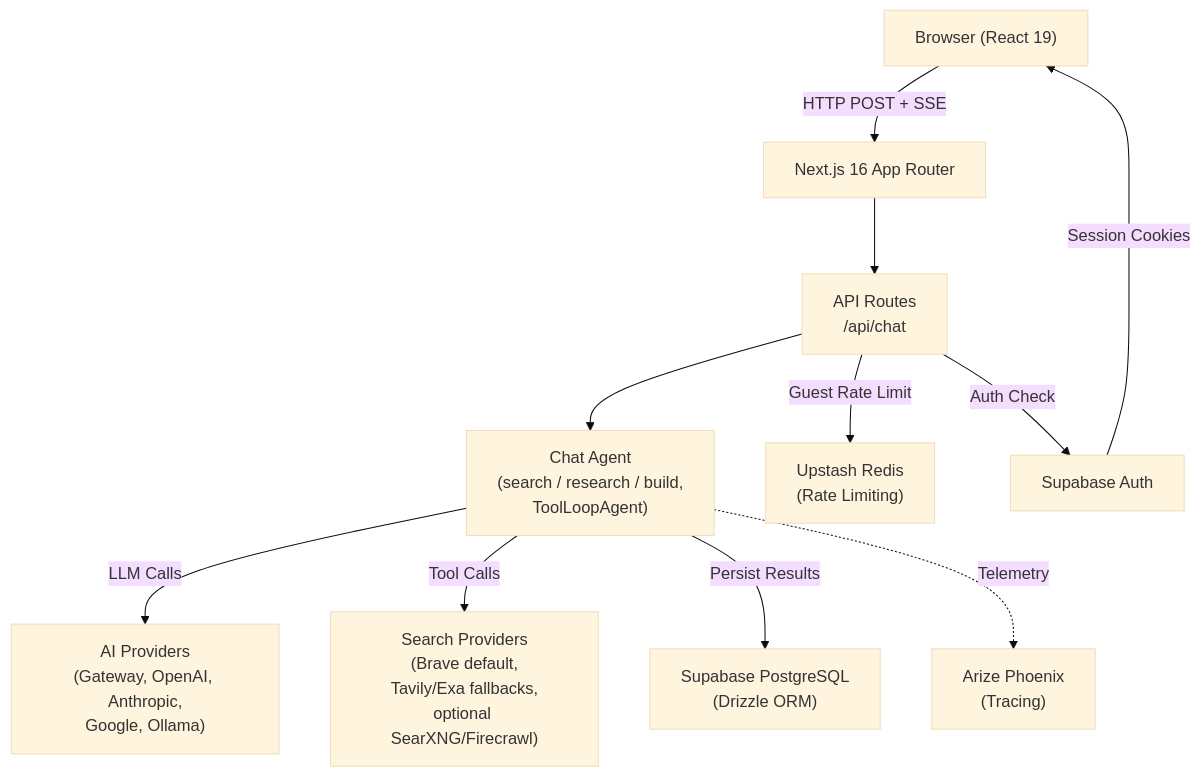
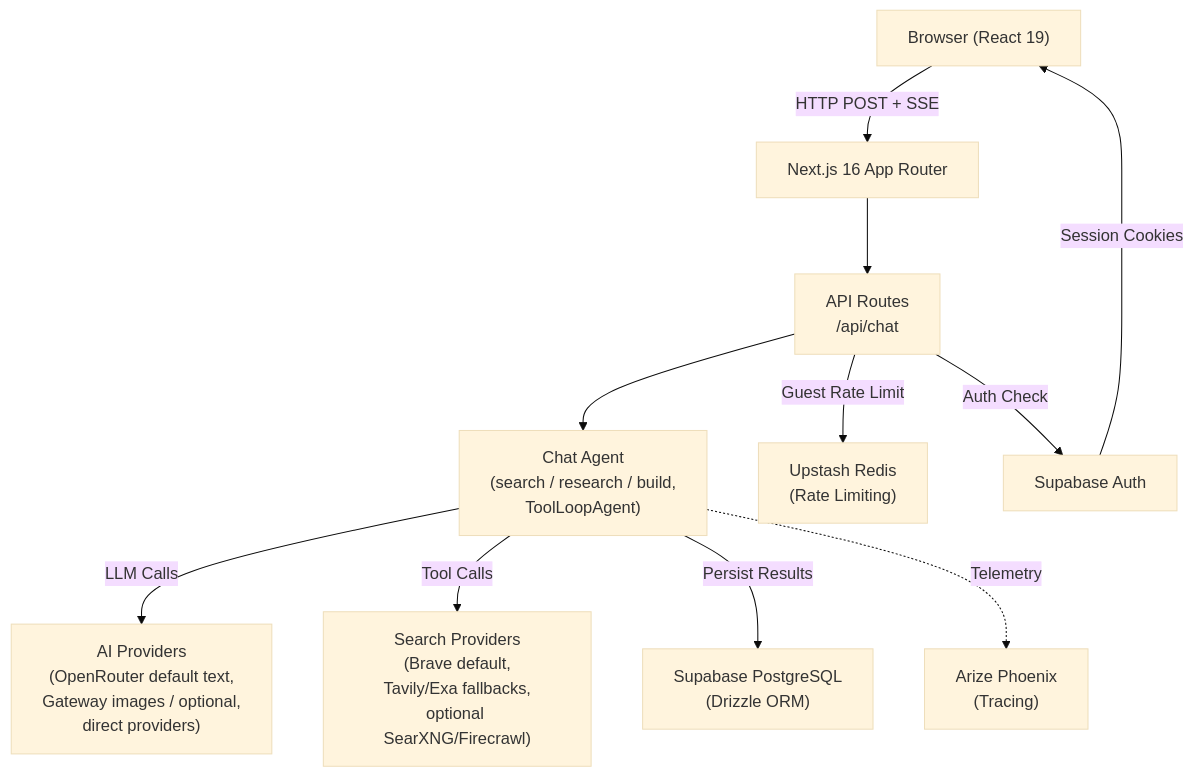
Before and after one commit to NickB03/polymorph: the first of 10 diagrams in docs/architecture/OVERVIEW.md, drawn with Mermaid (base theme). The commit also changed other lines of this file and 39 other files, not shown here.

Commit message:
docs: align docs with OpenRouter and polymorph domain

````diff
--- a/docs/architecture/OVERVIEW.md
+++ b/docs/architecture/OVERVIEW.md
@@ -54,24 +54,24 @@
 ```mermaid
 graph TD
     Browser["Browser (React 19)"]
     NextApp["Next.js 16 App Router"]
     API["API Routes<br/>/api/chat"]
     Agent["Chat Agent<br/>(search / research / build,<br/>ToolLoopAgent)"]
-    AI["AI Providers<br/>(Gateway, OpenAI, Anthropic,<br/>Google, Ollama)"]
+    AI["AI Providers<br/>(OpenRouter default text,<br/>Gateway images / optional,<br/>direct providers)"]
     Search["Search Providers<br/>(Brave default,<br/>Tavily/Exa fallbacks,<br/>optional SearXNG/Firecrawl)"]
     DB["Supabase PostgreSQL<br/>(Drizzle ORM)"]
     Redis["Upstash Redis<br/>(Rate Limiting)"]
     Auth["Supabase Auth"]
     Phoenix["Arize Phoenix<br/>(Tracing)"]
 
     Browser -->|"HTTP POST + SSE"| NextApp
     NextApp --> API
     API -->|"Auth Check"| Auth
     API -->|"Guest Rate Limit"| Redis
     API --> Agent
     Agent -->|"LLM Calls"| AI
     Agent -->|"Tool Calls"| Search
     Agent -->|"Persist Results"| DB
     Agent -.->|"Telemetry"| Phoenix
     Auth -->|"Session Cookies"| Browser
 ```
````
